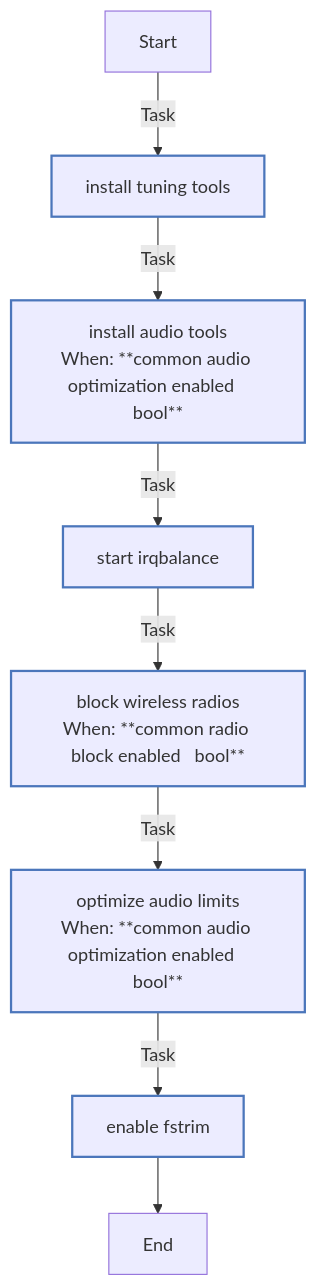
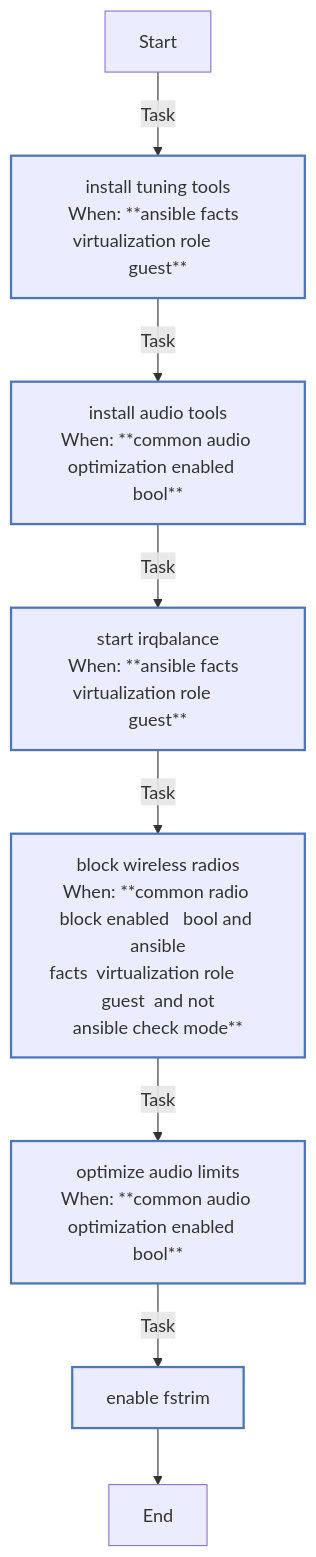
Before and after one commit to rou-cru/k3s-homelab: the third of 9 diagrams in roles/common/README.md, drawn with Mermaid. The commit also changed other lines of this file and 57 other files, not shown here.

````diff
--- a/roles/common/README.md
+++ b/roles/common/README.md
@@ -521,20 +575,20 @@
 ```mermaid
 flowchart TD
 Start
 classDef block stroke:#3498db,stroke-width:2px;
 classDef task stroke:#4b76bb,stroke-width:2px;
 classDef includeTasks stroke:#16a085,stroke-width:2px;
 classDef importTasks stroke:#34495e,stroke-width:2px;
 classDef includeRole stroke:#2980b9,stroke-width:2px;
 classDef importRole stroke:#699ba7,stroke-width:2px;
 classDef includeVars stroke:#8e44ad,stroke-width:2px;
 classDef rescue stroke:#665352,stroke-width:2px;
 
-  Start-->|Task| Install_tuning_tools0[install tuning tools]:::task
+  Start-->|Task| Install_tuning_tools0[install tuning tools<br>When: **ansible facts  virtualization role       guest**]:::task
   Install_tuning_tools0-->|Task| Install_audio_tools1[install audio tools<br>When: **common audio optimization enabled   bool**]:::task
-  Install_audio_tools1-->|Task| Start_irqbalance2[start irqbalance]:::task
-  Start_irqbalance2-->|Task| Block_wireless_radios3[block wireless radios<br>When: **common radio block enabled   bool**]:::task
+  Install_audio_tools1-->|Task| Start_irqbalance2[start irqbalance<br>When: **ansible facts  virtualization role       guest**]:::task
+  Start_irqbalance2-->|Task| Block_wireless_radios3[block wireless radios<br>When: **common radio block enabled   bool and ansible<br>facts  virtualization role       guest  and not<br>ansible check mode**]:::task
   Block_wireless_radios3-->|Task| Optimize_audio_limits4[optimize audio limits<br>When: **common audio optimization enabled   bool**]:::task
   Optimize_audio_limits4-->|Task| Enable_fstrim5[enable fstrim]:::task
   Enable_fstrim5-->End
 ```
````
